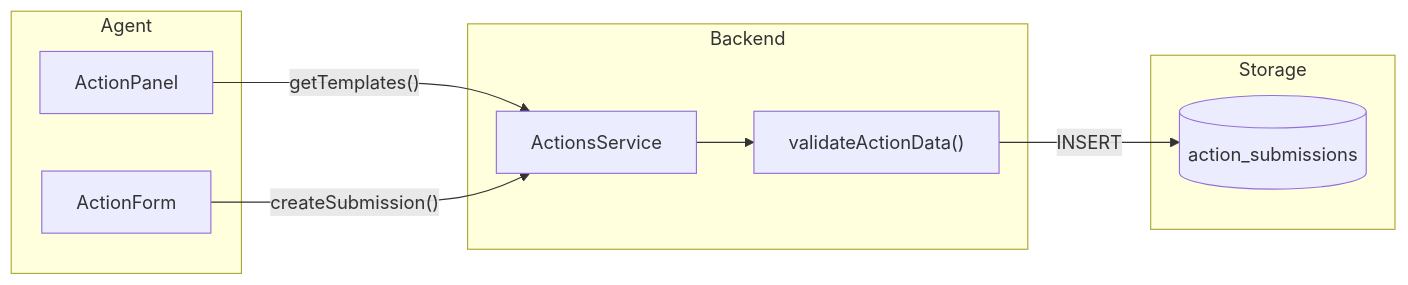
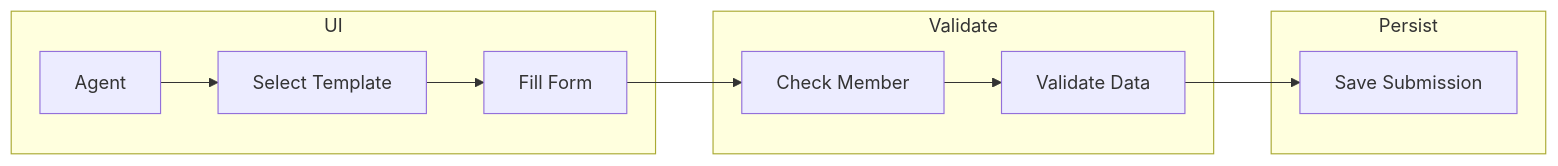
One commit to doananhhung/livechat changed the fifth of 8 diagrams in presentation/pages/hiep.md. Above: the diagram before and after it, drawn with Mermaid. The commit also changed other lines of this file, not shown here.

````diff
--- a/presentation/pages/hiep.md
+++ b/presentation/pages/hiep.md
@@ -495,20 +227,14 @@
 ```mermaid
 flowchart LR
-    subgraph Agent["Agent"]
-        A["ActionPanel"]
-        B["ActionForm"]
+    subgraph UI
+        A[Agent] --> B[Select Template]
+        B --> C[Fill Form]
     end
-
-    subgraph Backend["Backend"]
-        C["ActionsService"]
-        D["validateActionData()"]
+    subgraph Validate
+        C --> D[Check Member]
+        D --> E[Validate Data]
     end
-
-    subgraph Storage["Storage"]
-        E[("action_submissions")]
+    subgraph Persist
+        E --> F[Save Submission]
     end
-
-    A -->|"getTemplates()"| C
-    B -->|"createSubmission()"| C
-    C --> D -->|"INSERT"| E
 ```
````
